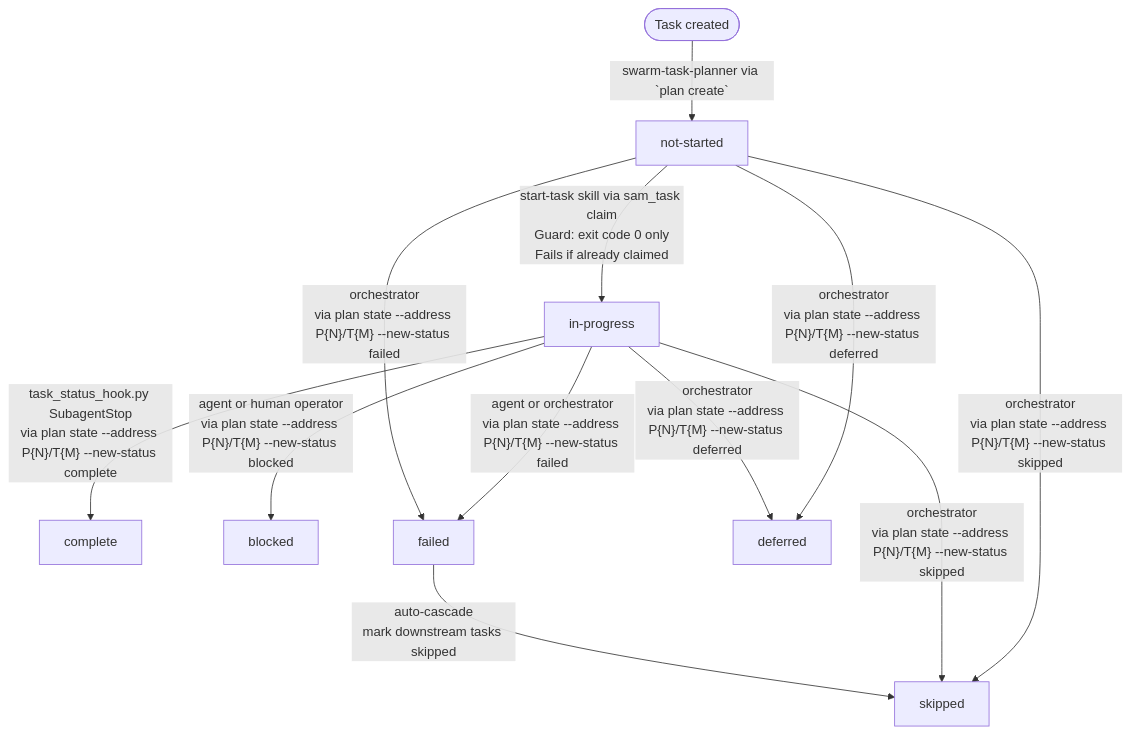
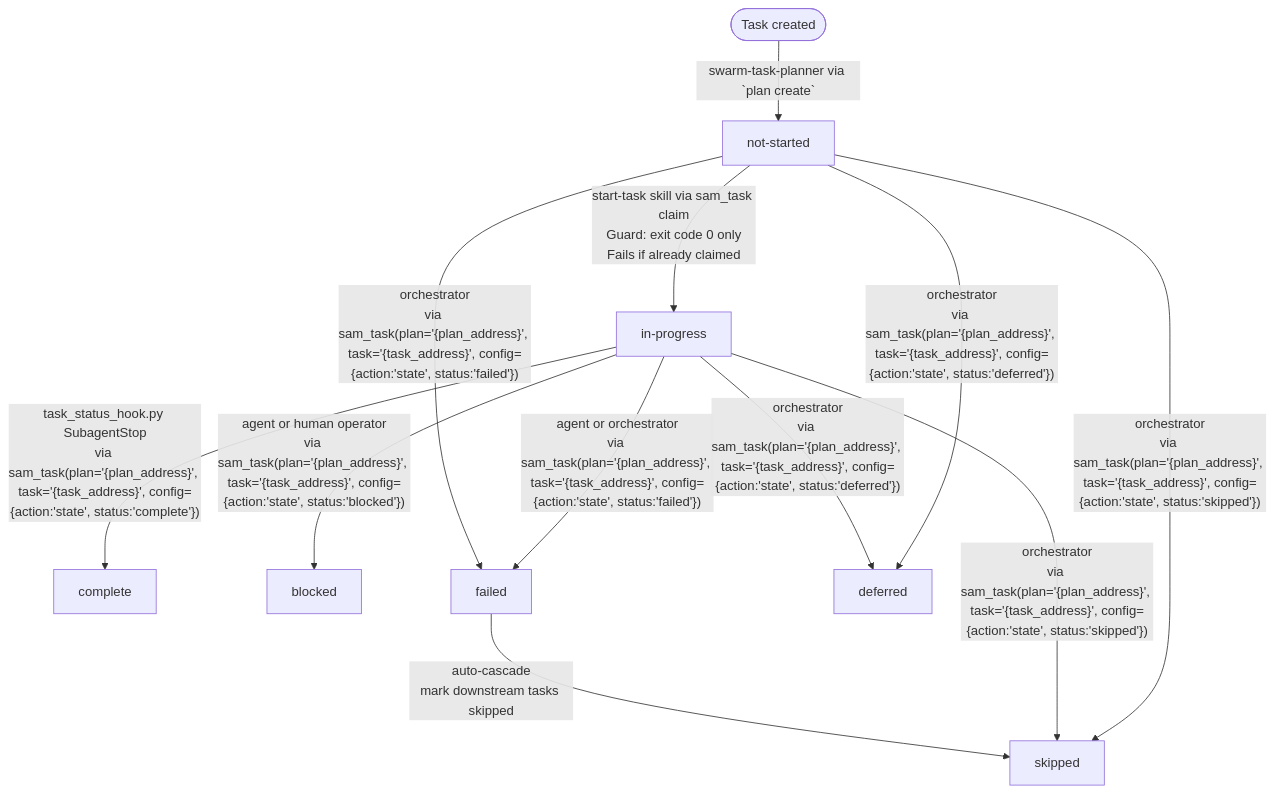
Before and after one commit to Jamie-BitFlight/claude_skills: the second of 5 diagrams in plugins/development-harness/docs/workflow-architecture-diagram.md, drawn with Mermaid. The commit also changed other lines of this file and 16 other files, not shown here.

````diff
--- a/plugins/development-harness/docs/workflow-architecture-diagram.md
+++ b/plugins/development-harness/docs/workflow-architecture-diagram.md
@@ -306,14 +309,14 @@
 ```mermaid
 flowchart TD
     Created([Task created]) -->|"swarm-task-planner via `plan create`"| NS[not-started]
     NS -->|"start-task skill via sam_task claim<br>Guard: exit code 0 only<br>Fails if already claimed"| IP[in-progress]
-    IP -->|"task_status_hook.py SubagentStop<br>via plan state --address P{N}/T{M} --new-status complete"| CO[complete]
-    IP -->|"agent or human operator<br>via plan state --address P{N}/T{M} --new-status blocked"| BL[blocked]
-    IP -->|"agent or orchestrator<br>via plan state --address P{N}/T{M} --new-status failed"| FA[failed]
-    NS -->|"orchestrator<br>via plan state --address P{N}/T{M} --new-status deferred"| DE[deferred]
-    NS -->|"orchestrator<br>via plan state --address P{N}/T{M} --new-status skipped"| SK[skipped]
-    NS -->|"orchestrator<br>via plan state --address P{N}/T{M} --new-status failed"| FA
-    IP -->|"orchestrator<br>via plan state --address P{N}/T{M} --new-status deferred"| DE
-    IP -->|"orchestrator<br>via plan state --address P{N}/T{M} --new-status skipped"| SK
+    IP -->|"task_status_hook.py SubagentStop<br>via sam_task(plan='{plan_address}', task='{task_address}', config={action:'state', status:'complete'})"| CO[complete]
+    IP -->|"agent or human operator<br>via sam_task(plan='{plan_address}', task='{task_address}', config={action:'state', status:'blocked'})"| BL[blocked]
+    IP -->|"agent or orchestrator<br>via sam_task(plan='{plan_address}', task='{task_address}', config={action:'state', status:'failed'})"| FA[failed]
+    NS -->|"orchestrator<br>via sam_task(plan='{plan_address}', task='{task_address}', config={action:'state', status:'deferred'})"| DE[deferred]
+    NS -->|"orchestrator<br>via sam_task(plan='{plan_address}', task='{task_address}', config={action:'state', status:'skipped'})"| SK[skipped]
+    NS -->|"orchestrator<br>via sam_task(plan='{plan_address}', task='{task_address}', config={action:'state', status:'failed'})"| FA
+    IP -->|"orchestrator<br>via sam_task(plan='{plan_address}', task='{task_address}', config={action:'state', status:'deferred'})"| DE
+    IP -->|"orchestrator<br>via sam_task(plan='{plan_address}', task='{task_address}', config={action:'state', status:'skipped'})"| SK
     FA -->|"auto-cascade<br>mark downstream tasks skipped"| SK
 ```
````
